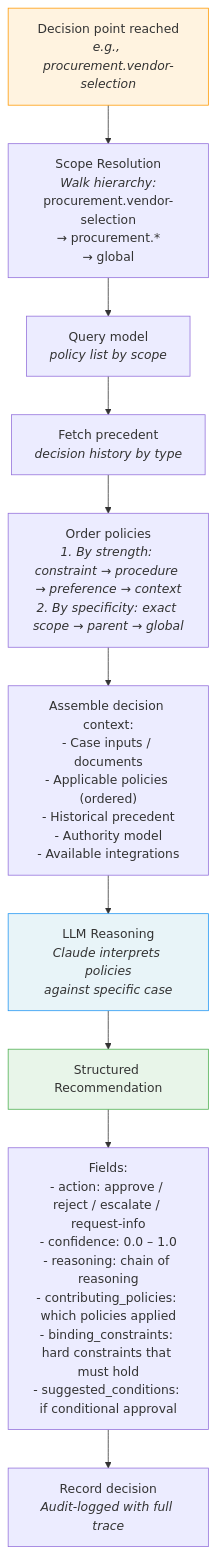
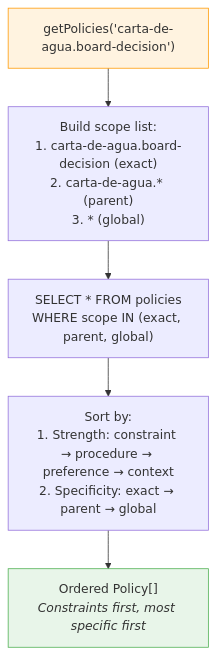
One commit to CyberHoward/cl-institute changed the fifth of 10 diagrams in architecture-diagrams.md. Above: the diagram before and after it, drawn with Mermaid. The commit also changed other lines of this file and 46 other files, not shown here.

First line of the commit message:
chore: remove superseded modules, update docs to reflect core engine architecture

````diff
--- a/architecture-diagrams.md
+++ b/architecture-diagrams.md
@@ -243,25 +157,15 @@
 ```mermaid
 flowchart TD
-    trigger["Decision point reached<br/><i>e.g., procurement.vendor-selection</i>"]
+    query["getPolicies('carta-de-agua.board-decision')"]
 
-    trigger --> scope["Scope Resolution<br/><i>Walk hierarchy:</i><br/>procurement.vendor-selection<br/>→ procurement.*<br/>→ global"]
+    query --> scopes["Build scope list:<br/>1. carta-de-agua.board-decision (exact)<br/>2. carta-de-agua.* (parent)<br/>3. * (global)"]
 
-    scope --> query["Query model<br/><i>policy list by scope</i>"]
-    query --> precedent["Fetch precedent<br/><i>decision history by type</i>"]
+    scopes --> fetch["SELECT * FROM policies<br/>WHERE scope IN (exact, parent, global)"]
 
-    precedent --> order["Order policies<br/><i>1. By strength: constraint → procedure → preference → context</i><br/><i>2. By specificity: exact scope → parent → global</i>"]
+    fetch --> order["Sort by:<br/>1. Strength: constraint → procedure → preference → context<br/>2. Specificity: exact → parent → global"]
 
-    order --> assemble["Assemble decision context:<br/>- Case inputs / documents<br/>- Applicable policies (ordered)<br/>- Historical precedent<br/>- Authority model<br/>- Available integrations"]
+    order --> result["Ordered Policy[]<br/><i>Constraints first, most specific first</i>"]
 
-    assemble --> llm["LLM Reasoning<br/><i>Claude interprets policies<br/>against specific case</i>"]
-
-    llm --> rec["Structured Recommendation"]
-
-    rec --> fields["Fields:<br/>- action: approve / reject / escalate / request-info<br/>- confidence: 0.0 – 1.0<br/>- reasoning: chain of reasoning<br/>- contributing_policies: which policies applied<br/>- binding_constraints: hard constraints that must hold<br/>- suggested_conditions: if conditional approval"]
-
-    fields --> record["Record decision<br/><i>Audit-logged with full trace</i>"]
-
-    style trigger fill:#fff3e0,stroke:#ff9800
-    style llm fill:#e8f4f8,stroke:#2196F3
-    style rec fill:#e8f5e9,stroke:#4caf50
+    style query fill:#fff3e0,stroke:#ff9800
+    style result fill:#e8f5e9,stroke:#4caf50
 ```
````
